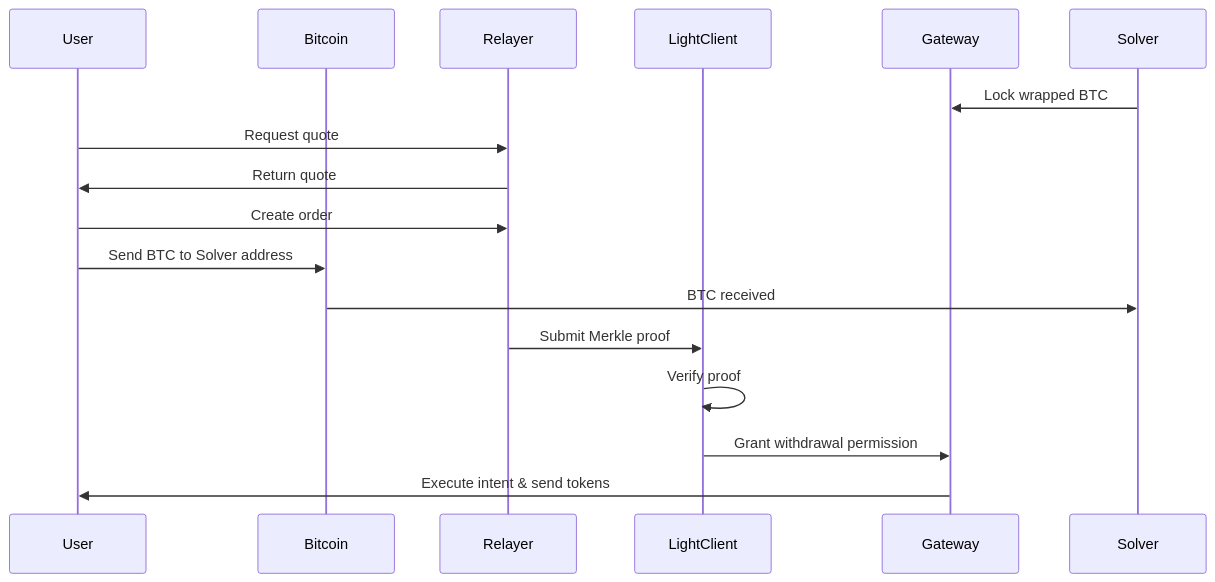
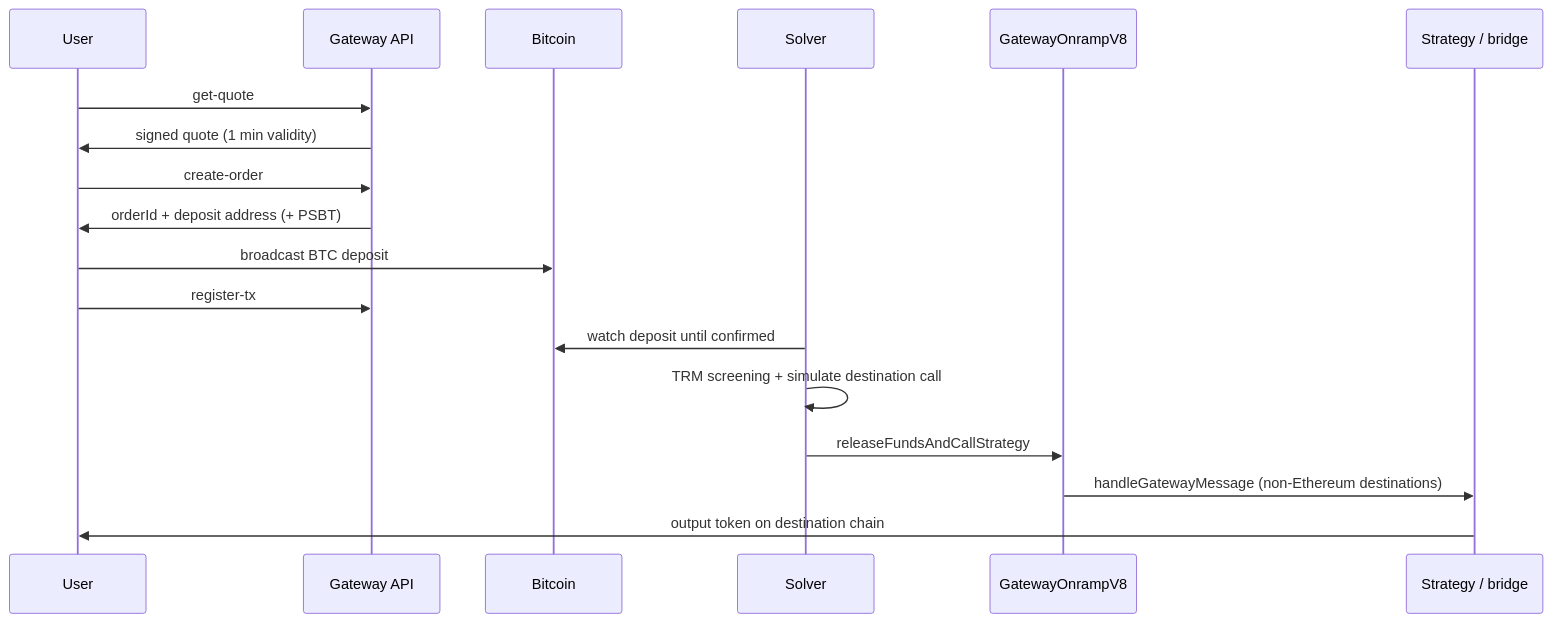
The first of 2 diagrams in gateway-docs/content/docs/gateway/technical.mdx (bob-collective/bob), drawn with Mermaid before and after one commit. The commit also changed other lines of this file and 2 other files, not shown here.

````diff
--- a/gateway-docs/content/docs/gateway/technical.mdx
+++ b/gateway-docs/content/docs/gateway/technical.mdx
@@ -68,20 +78,21 @@
 ```mermaid
 sequenceDiagram
     participant User
+    participant API as Gateway API
     participant Bitcoin
-    participant Relayer
-    participant LightClient
-    participant Gateway
     participant Solver
+    participant Onramp as GatewayOnrampV8
+    participant Strategy as Strategy / bridge
 
-    Solver->>Gateway: Lock wrapped BTC
-    User->>Relayer: Request quote
-    Relayer->>User: Return quote
-    User->>Relayer: Create order
-    User->>Bitcoin: Send BTC to Solver address
-    Bitcoin->>Solver: BTC received
-    Relayer->>LightClient: Submit Merkle proof
-    LightClient->>LightClient: Verify proof
-    LightClient->>Gateway: Grant withdrawal permission
-    Gateway->>User: Execute intent & send tokens
+    User->>API: get-quote
+    API->>User: signed quote (1 min validity)
+    User->>API: create-order
+    API->>User: orderId + deposit address (+ PSBT)
+    User->>Bitcoin: broadcast BTC deposit
+    User->>API: register-tx
+    Solver->>Bitcoin: watch deposit until confirmed
+    Solver->>Solver: TRM screening + simulate destination call
+    Solver->>Onramp: releaseFundsAndCallStrategy
+    Onramp->>Strategy: handleGatewayMessage (non-Ethereum destinations)
+    Strategy->>User: output token on destination chain
 ```
````
